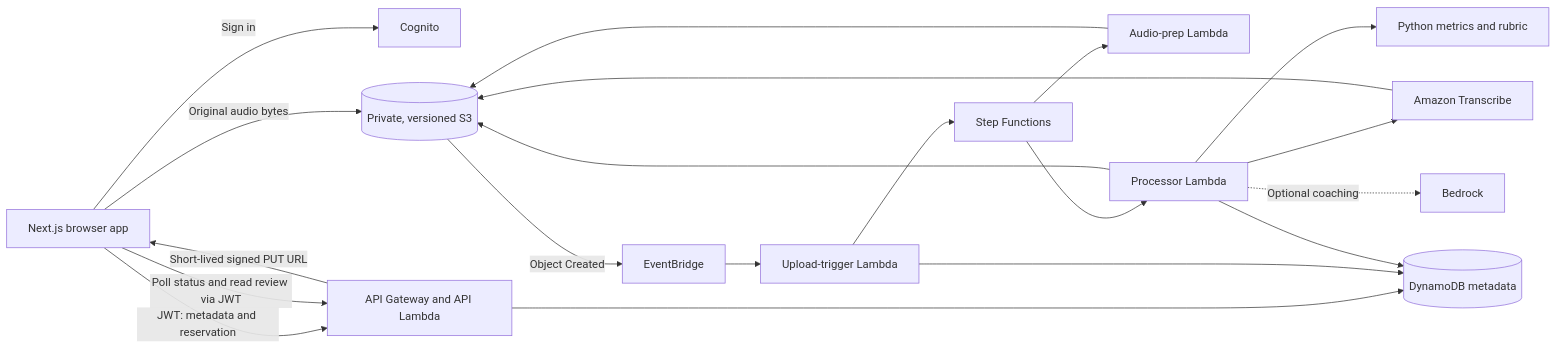
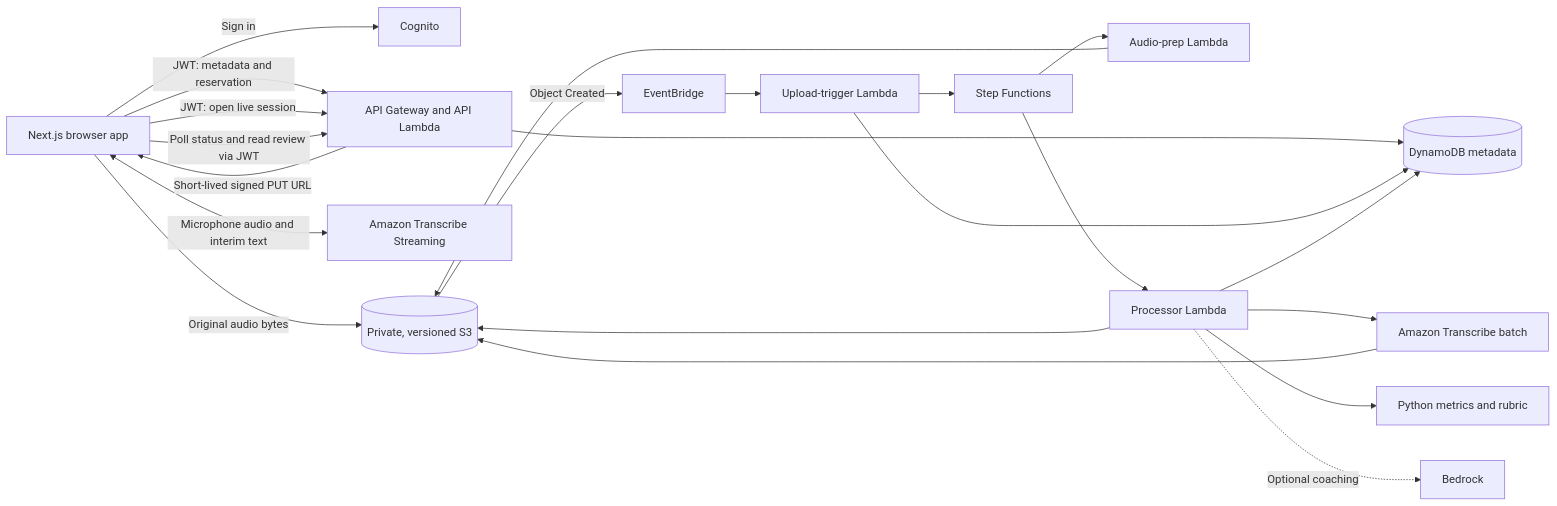
Before and after one commit to sux005/DS3_SpeakUp: the diagram in docs/DesignDoc.md, drawn with Mermaid. The commit also changed other lines of this file and 17 other files, not shown here.

````diff
--- a/docs/DesignDoc.md
+++ b/docs/DesignDoc.md
@@ -19,22 +19,24 @@
 ```mermaid
 flowchart LR
     Browser[Next.js browser app] -->|Sign in| Cognito[Cognito]
     Browser -->|JWT: metadata and reservation| API[API Gateway and API Lambda]
+    Browser -->|JWT: open live session| API
+    Browser <-->|Microphone audio and interim text| Live[Amazon Transcribe Streaming]
     API --> DDB[(DynamoDB metadata)]
     API -->|Short-lived signed PUT URL| Browser
     Browser -->|Original audio bytes| S3[(Private, versioned S3)]
     S3 -->|Object Created| EventBridge[EventBridge]
     EventBridge --> Trigger[Upload-trigger Lambda]
     Trigger --> DDB
     Trigger --> Workflow[Step Functions]
     Workflow --> Prep[Audio-prep Lambda]
     Prep --> S3
     Workflow --> Processor[Processor Lambda]
-    Processor --> Transcribe[Amazon Transcribe]
+    Processor --> Transcribe[Amazon Transcribe batch]
     Transcribe --> S3
     Processor --> Scoring[Python metrics and rubric]
     Processor -.->|Optional coaching| Bedrock[Bedrock]
     Processor --> S3
     Processor --> DDB
     Browser -->|Poll status and read review via JWT| API
 ```
````
